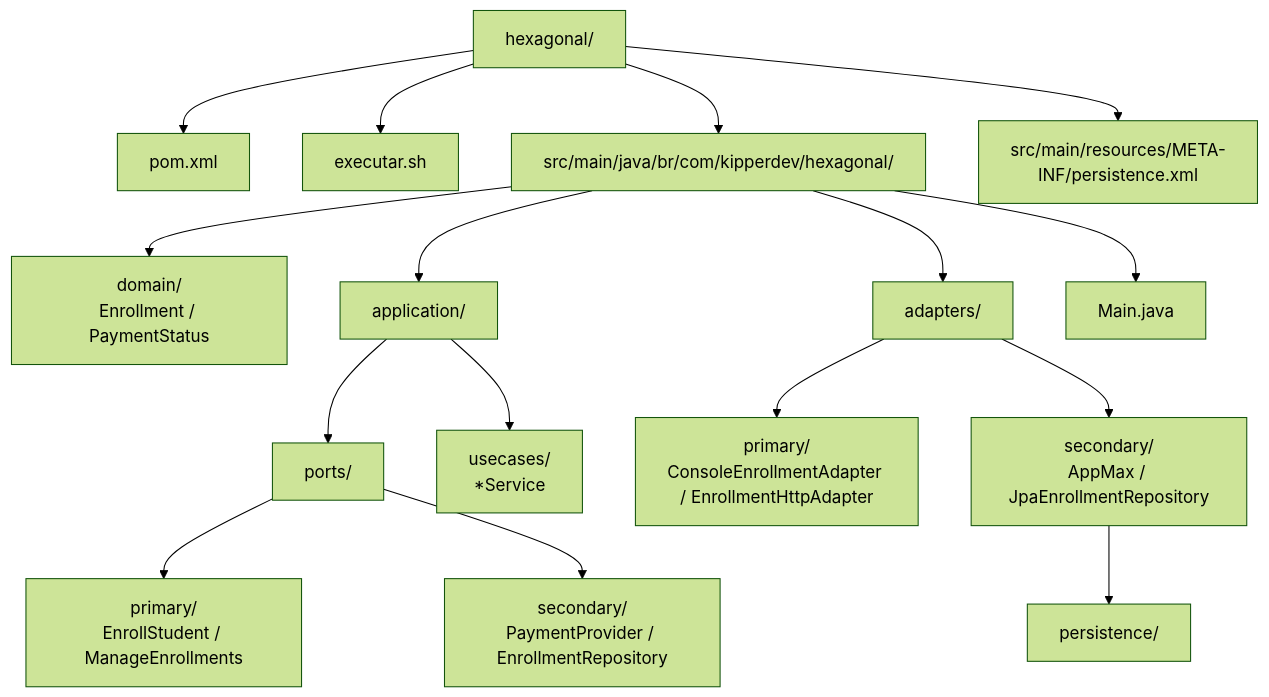
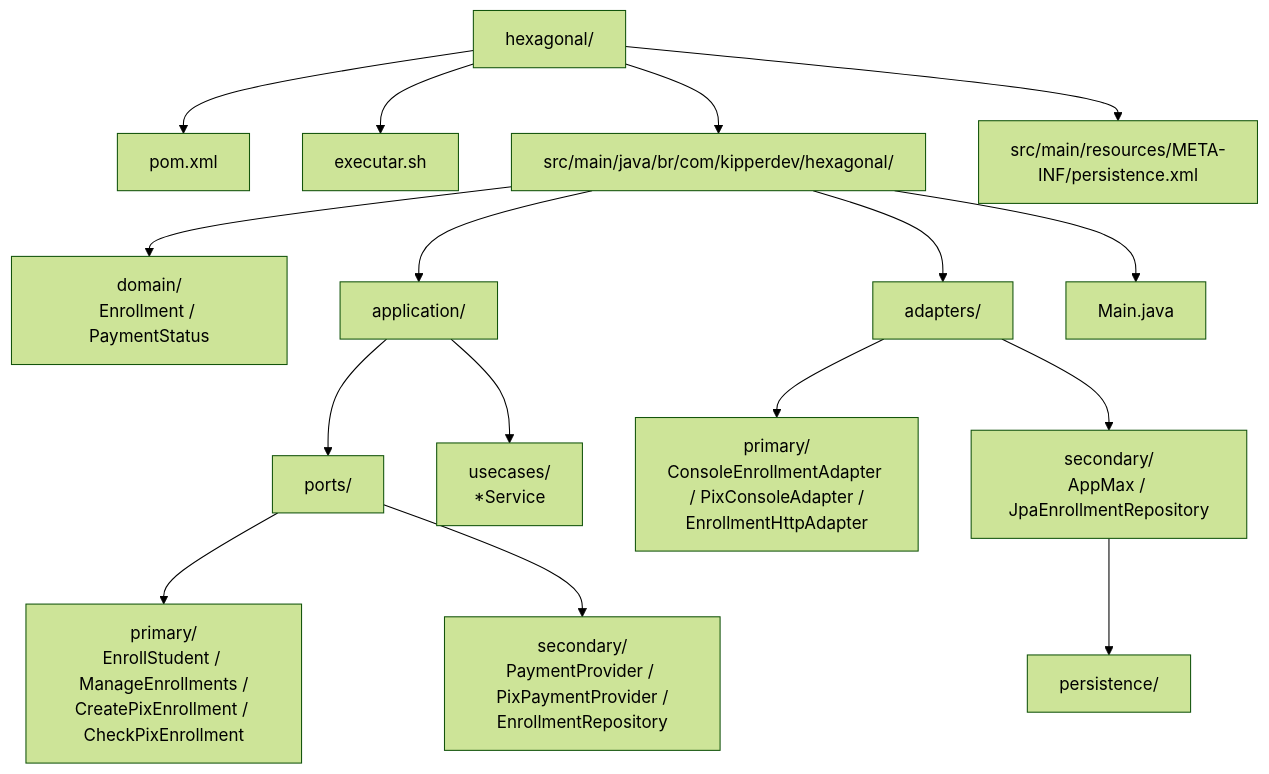
One commit to kipperacademy/architecture-examples changed the first of 2 diagrams in hexagonal/README.md. Above: the diagram before and after it, drawn with Mermaid (forest theme). The commit also changed other lines of this file and 3 other files, not shown here.

Commit message:
docs: explain primary and secondary ports

````diff
--- a/hexagonal/README.md
+++ b/hexagonal/README.md
@@ -15,18 +41,18 @@
 ```mermaid
 flowchart TD
     root["hexagonal/"] --> pom["pom.xml"]
     root --> run["executar.sh"]
     root --> java["src/main/java/br/com/kipperdev/hexagonal/"]
     java --> domain["domain/<br/>Enrollment / PaymentStatus"]
     java --> application["application/"]
     application --> ports["ports/"]
-    ports --> primary["primary/<br/>EnrollStudent / ManageEnrollments"]
-    ports --> secondary["secondary/<br/>PaymentProvider / EnrollmentRepository"]
+    ports --> primary["primary/<br/>EnrollStudent / ManageEnrollments /<br/>CreatePixEnrollment / CheckPixEnrollment"]
+    ports --> secondary["secondary/<br/>PaymentProvider / PixPaymentProvider /<br/>EnrollmentRepository"]
     application --> usecases["usecases/<br/>*Service"]
     java --> adapters["adapters/"]
-    adapters --> primaryAdapters["primary/<br/>ConsoleEnrollmentAdapter / EnrollmentHttpAdapter"]
+    adapters --> primaryAdapters["primary/<br/>ConsoleEnrollmentAdapter / PixConsoleAdapter /<br/>EnrollmentHttpAdapter"]
     adapters --> secondaryAdapters["secondary/<br/>AppMax / JpaEnrollmentRepository"]
     secondaryAdapters --> persistence["persistence/"]
     java --> main["Main.java"]
     root --> resources["src/main/resources/META-INF/persistence.xml"]
 ```
````
